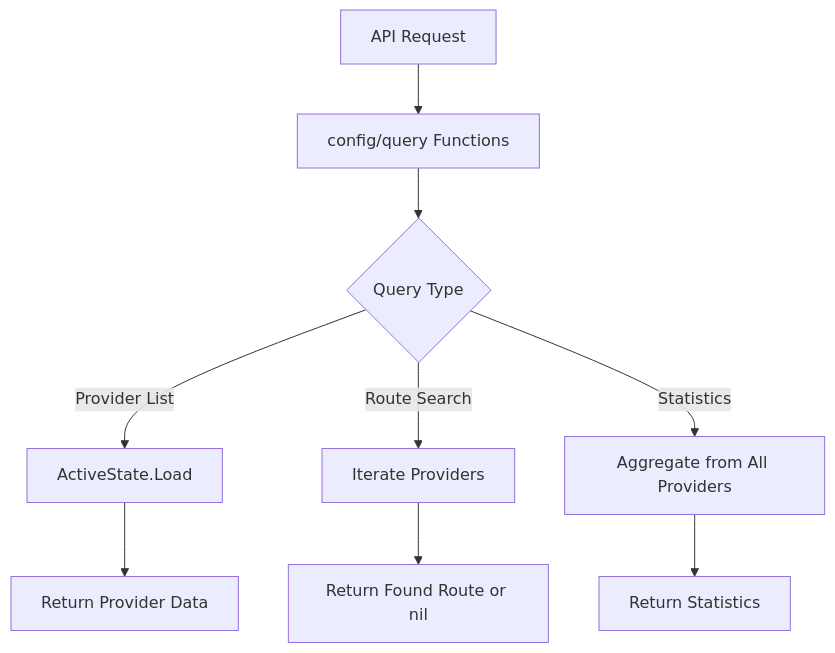
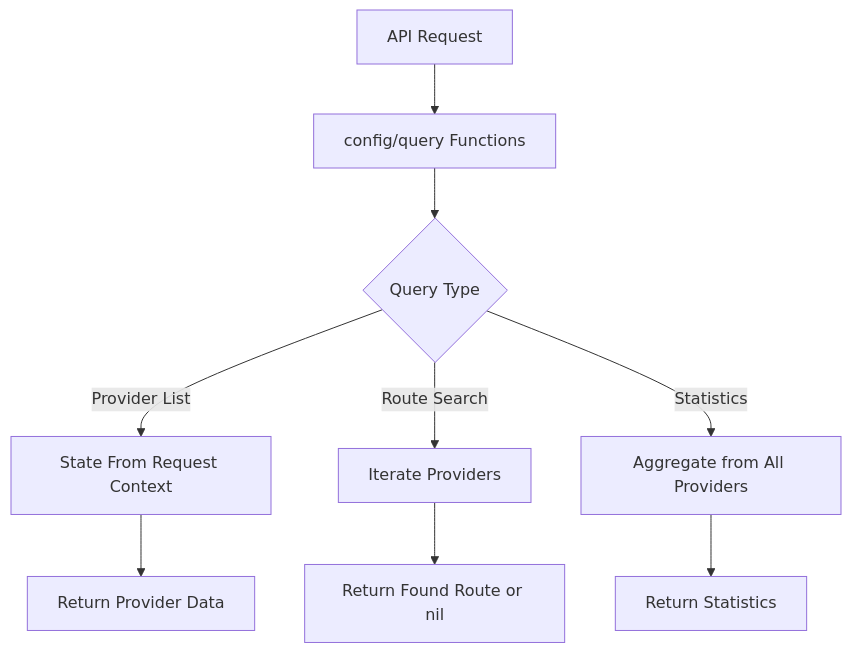
Before and after one commit to yusing/godoxy-wiki: the diagram in content/docs/impl/internal-config-query.mdx, drawn with Mermaid. The commit also changed other lines of this file and 10 other files, not shown here.

````diff
--- a/content/docs/impl/internal-config-query.mdx
+++ b/content/docs/impl/internal-config-query.mdx
@@ -72,11 +74,11 @@
 ```mermaid
 graph TD
     A[API Request] --> B[config/query Functions]
     B --> C{Query Type}
-    C -->|Provider List| D[ActiveState.Load]
+    C -->|Provider List| D[State From Request Context]
     C -->|Route Search| E[Iterate Providers]
     C -->|Statistics| F[Aggregate from All Providers]
     D --> G[Return Provider Data]
     E --> H[Return Found Route or nil]
     F --> I[Return Statistics]
 ```
````
